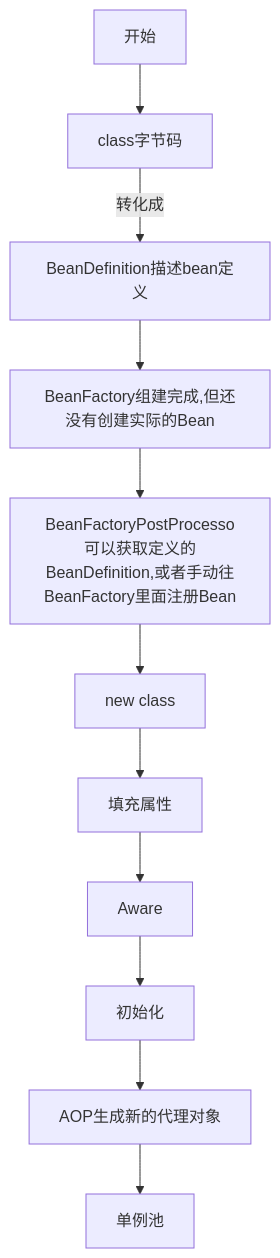
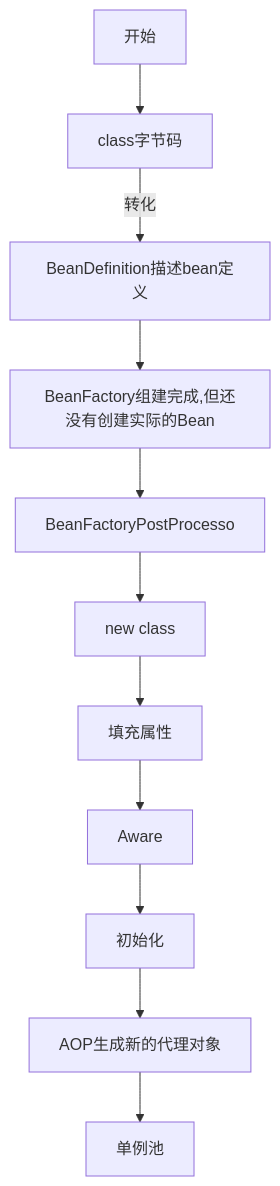
The diagram in spring.md (iSteinsGate/note), drawn with Mermaid before and after one commit. The commit also changed other lines of this file, not shown here.

Commit message:
添加spring的bean生命周期和循环依赖图解

````diff
--- a/spring.md
+++ b/spring.md
@@ -9,5 +23,5 @@
 ```mermaid
 graph TD
-开始--> A[class字节码] --转化成-->BeanDefinition描述bean定义-->BeanFactory组建完成,但还没有创建实际的Bean-->BeanFactoryPostProcesso可以获取定义的BeanDefinition,或者手动往BeanFactory里面注册Bean-->B[new class]-->填充属性-->Aware
+开始--> A[class字节码] --转化-->BeanDefinition描述bean定义-->BeanFactory组建完成,但还没有创建实际的Bean-->BeanFactoryPostProcesso-->B[new class]-->填充属性-->Aware
 -->初始化-->AOP生成新的代理对象-->单例池
 ```
````
